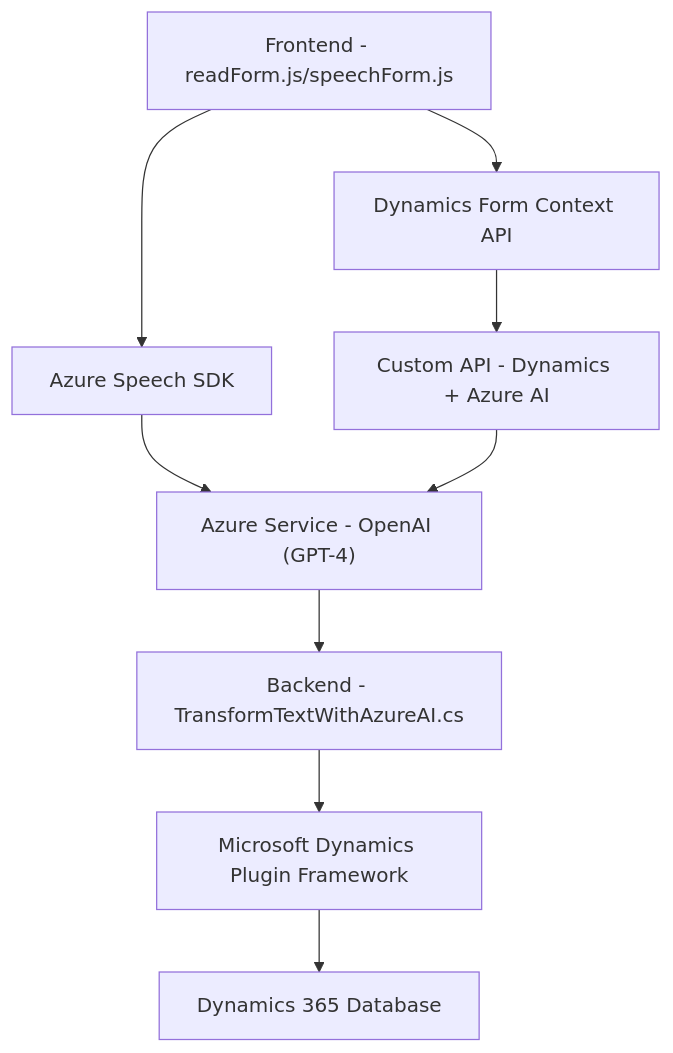
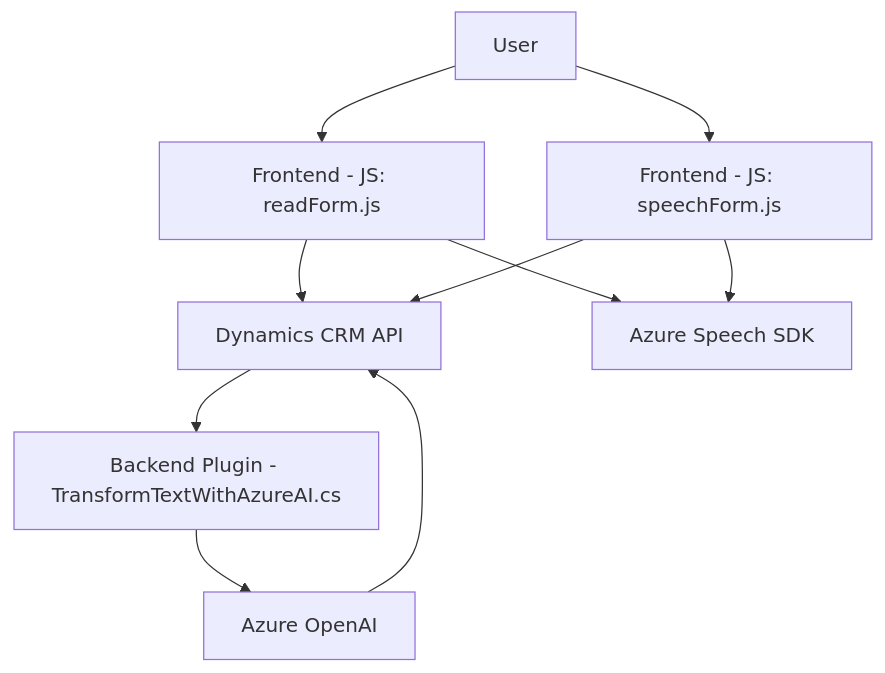
The diagram in README.md (blopezdm/NETCORE_BILBAO2025), drawn with Mermaid before and after one commit. The commit also changed other lines of this file, not shown here.

````diff
--- a/README.md
+++ b/README.md
@@ -43,11 +53,20 @@
 ```mermaid
 graph TD
-    A["Frontend - readForm.js/speechForm.js"] --> B["Azure Speech SDK"]
-    A --> C["Dynamics Form Context API"]
-    C --> D["Custom API - Dynamics + Azure AI"]
-    B --> E["Azure Service - OpenAI (GPT-4)"]
-    D --> E 
-    E --> F["Backend - TransformTextWithAzureAI.cs"]
-    F --> G["Microsoft Dynamics Plugin Framework"]
-    G --> H["Dynamics 365 Database"]
+    A["Frontend - JS: readForm.js"]
+    B["Frontend - JS: speechForm.js"]
+    C["Backend Plugin - TransformTextWithAzureAI.cs"]
+    D["Dynamics CRM API"]
+    E["Azure Speech SDK"]
+    F["Azure OpenAI"]
+    G["User"]
+
+    G --> A
+    G --> B
+    A --> D
+    B --> D
+    D --> C
+    C --> F
+    A --> E
+    B --> E
+    F --> D
 ```
````
